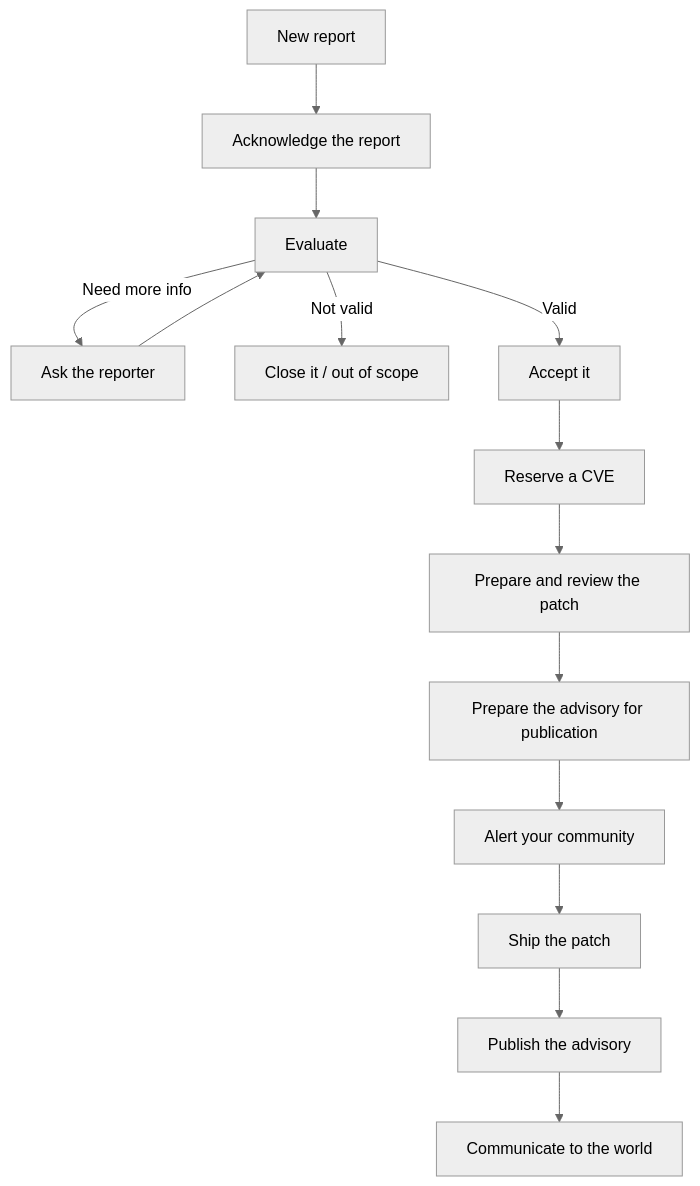
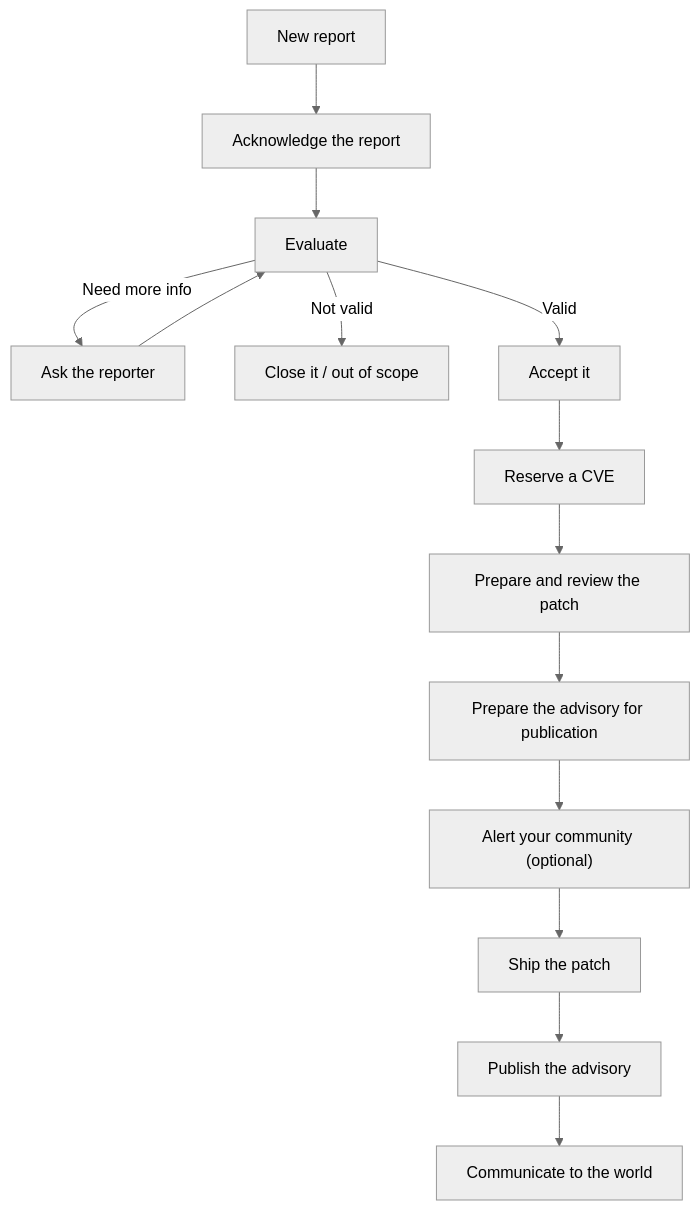
Before and after one commit to alpha-omega-security/maintainers-security-advisory-guide: the diagram in docs/guide/getting-oriented.md, drawn with Mermaid (neutral theme). The commit also changed other lines of this file and 3 other files, not shown here.

````diff
--- a/docs/guide/getting-oriented.md
+++ b/docs/guide/getting-oriented.md
@@ -33,16 +33,16 @@
 ```mermaid
 flowchart TD
     A[New report] --> B[Acknowledge the report]
     B --> C[Evaluate]
     C -->|Need more info| D[Ask the reporter]
     D --> C
     C -->|Not valid| E[Close it / out of scope]
     C -->|Valid| F[Accept it]
     F --> R[Reserve a CVE]
     R --> G[Prepare and review the patch]
     G --> H[Prepare the advisory for publication]
-    H --> I[Alert your community]
+    H --> I["Alert your community (optional)"]
     I --> J[Ship the patch]
     J --> K[Publish the advisory]
     K --> L[Communicate to the world]
 ```
````
